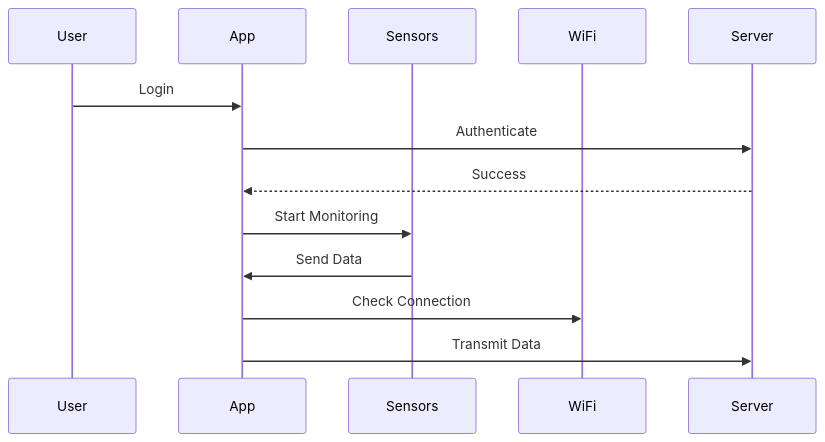
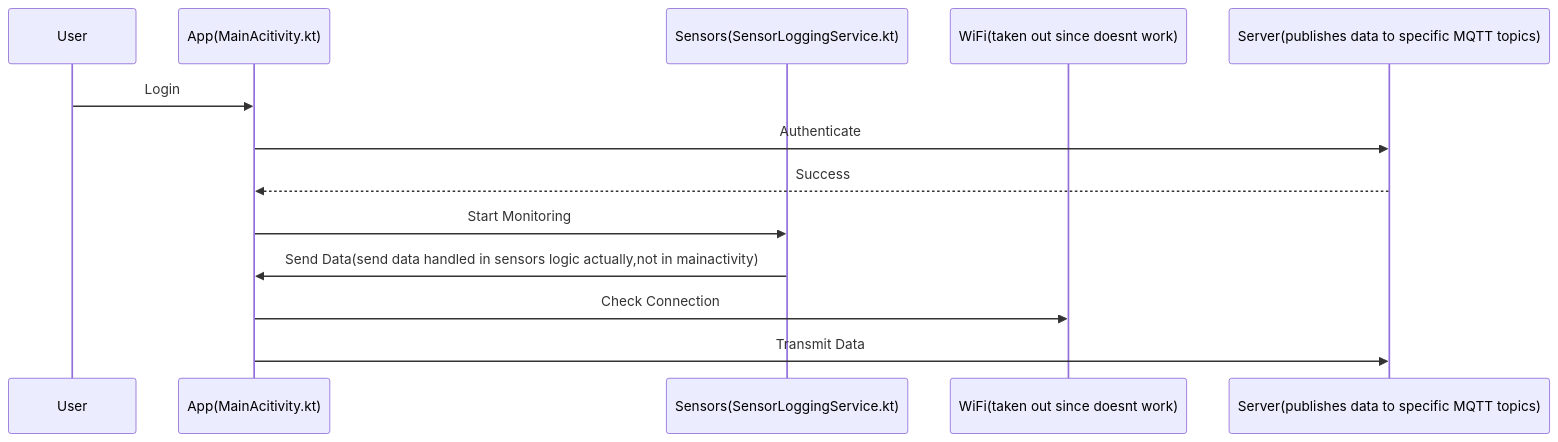
The second of 2 diagrams in README.md (rcznp/test_doc_2), drawn with Mermaid before and after one commit. The commit also changed other lines of this file, not shown here.

````diff
--- a/README.md
+++ b/README.md
@@ -74,16 +38,16 @@
 ```mermaid
 sequenceDiagram
     participant U as User
-    participant A as App
-    participant S as Sensors
-    participant W as WiFi
-    participant API as Server
+    participant A as App(MainAcitivity.kt)
+    participant S as Sensors(SensorLoggingService.kt)
+    participant W as WiFi(taken out since doesnt work)
+    participant API as Server(publishes data to specific MQTT topics)
 
     U->>A: Login
     A->>API: Authenticate
     API-->>A: Success
     A->>S: Start Monitoring
-    S->>A: Send Data
+    S->>A: Send Data(send data handled in sensors logic actually,not in mainactivity)
     A->>W: Check Connection
     A->>API: Transmit Data
 ```
````
